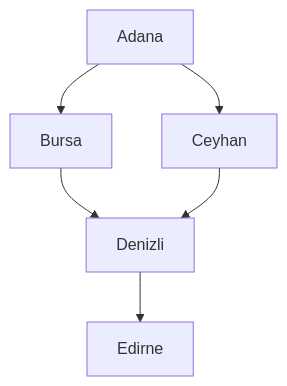
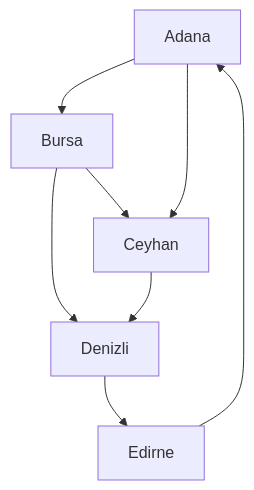
Before and after one commit to yektako/YazLab-I-Proje-I: the diagram in README.md, drawn with Mermaid. The commit also changed other lines of this file and 37 other files, not shown here.

````diff
--- a/README.md
+++ b/README.md
@@ -4,8 +7,8 @@
 ```mermaid
 graph TD;
-    Adana-->Bursa;
+    Adana-->Bursa-->Ceyhan;
     Adana-->Ceyhan;
     Bursa-->Denizli;
     Ceyhan-->Denizli;
-    Denizli-->Edirne;
+    Denizli-->Edirne-->Adana;
 ```
````
